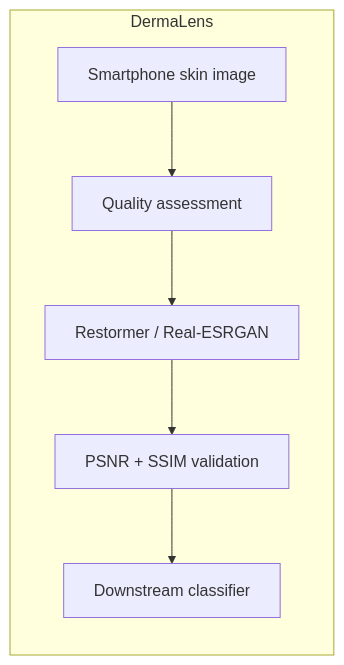
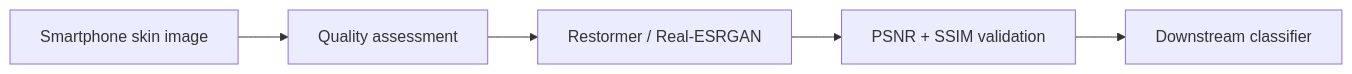
Before and after one commit to stutikatiyar/stutikatiyar: the second of 2 diagrams in README.md, drawn with Mermaid. The commit also changed other lines of this file, not shown here.

````diff
--- a/README.md
+++ b/README.md
@@ -118,9 +116,7 @@
 ```mermaid
 flowchart LR
-    subgraph DermaLens
-        G[Smartphone skin image] --> H[Quality assessment]
-        H --> I[Restormer / Real-ESRGAN]
-        I --> J[PSNR + SSIM validation]
-        J --> K[Downstream classifier]
-    end
+    G[Smartphone skin image] --> H[Quality assessment]
+    H --> I[Restormer / Real-ESRGAN]
+    I --> J[PSNR + SSIM validation]
+    J --> K[Downstream classifier]
 ```
````
